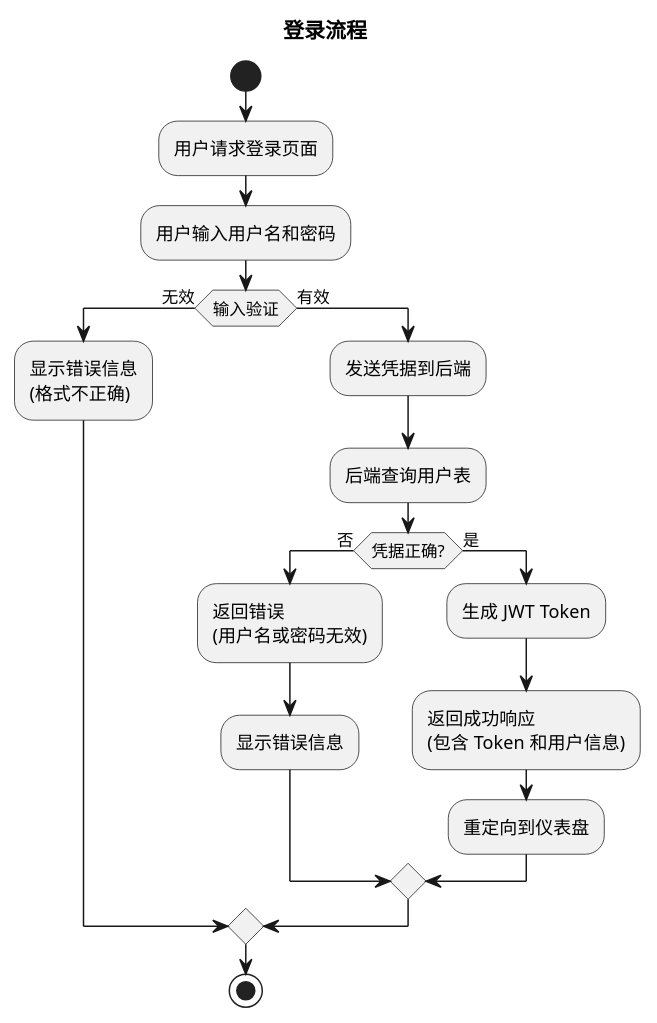
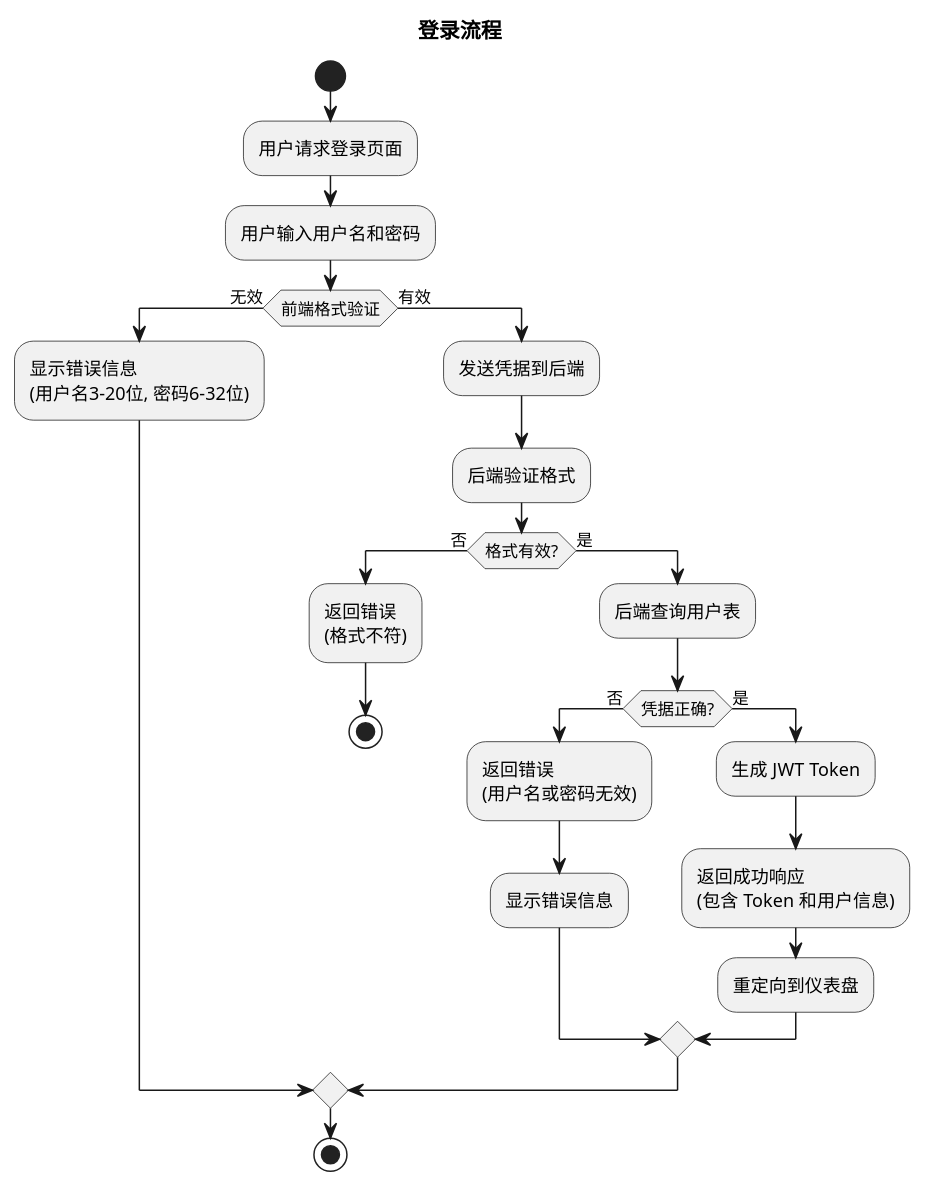
One commit to UserKei/Edu-Hub changed the diagram in puml/Activity/Login.puml. Above: the diagram before and after it, drawn with PlantUML. The commit also changed 10 other files, not shown here.

Commit message:
feat(backend/auth): implement login API and JWT token issuance

```diff
--- a/puml/Activity/Login.puml
+++ b/puml/Activity/Login.puml
@@ -1,26 +1,32 @@
 @startuml Login
 title 登录流程
 
 start
 
 :用户请求登录页面;
 :用户输入用户名和密码;
 
-if (输入验证) then (无效)
-    :显示错误信息\n(格式不正确);
+if (前端格式验证) then (无效)
+    :显示错误信息\n(用户名3-20位, 密码6-32位);
 else (有效)
     :发送凭据到后端;
-    :后端查询用户表;
-    
-    if (凭据正确?) then (否)
-        :返回错误\n(用户名或密码无效);
-        :显示错误信息;
+    :后端验证格式;
+    if (格式有效?) then (否)
+        :返回错误\n(格式不符);
+        stop
     else (是)
-        :生成 JWT Token;
-        :返回成功响应\n(包含 Token 和用户信息);
-        :重定向到仪表盘;
+        :后端查询用户表;
+        
+        if (凭据正确?) then (否)
+            :返回错误\n(用户名或密码无效);
+            :显示错误信息;
+        else (是)
+            :生成 JWT Token;
+            :返回成功响应\n(包含 Token 和用户信息);
+            :重定向到仪表盘;
+        endif
     endif
 endif
 
 stop
 @enduml
```
